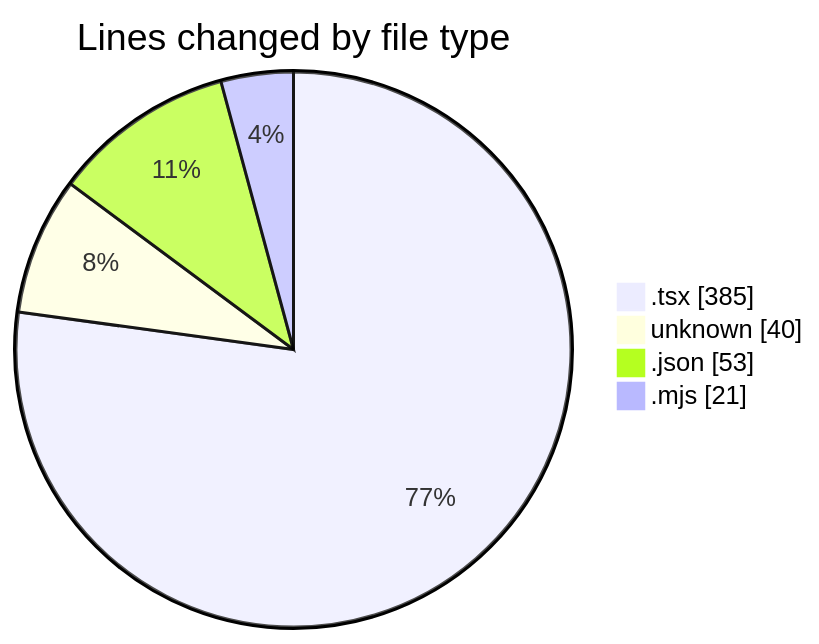
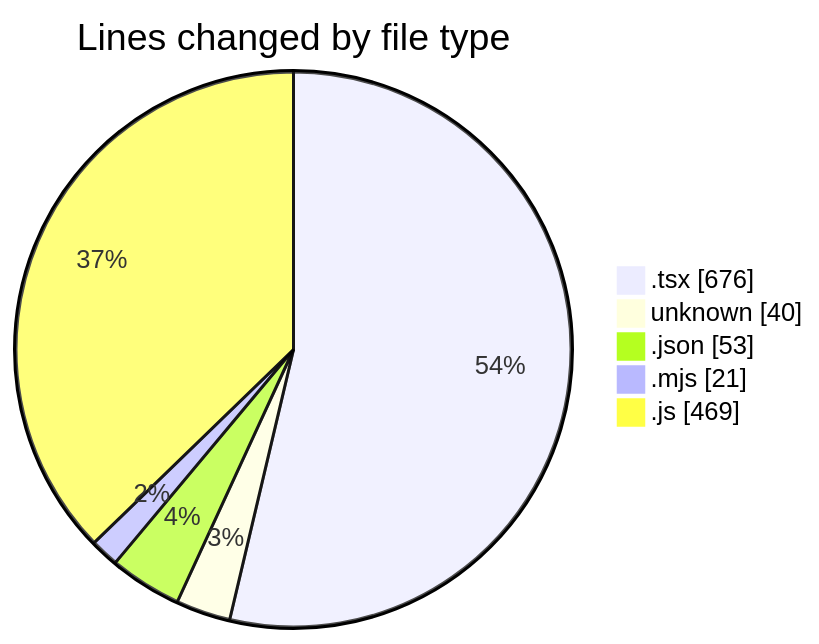
Before and after one commit to Elitesun/code-tracking: the first of 2 diagrams in 2025-05-26/elitesun/README.md, drawn with Mermaid. The commit also changed other lines of this file and 1 other file, not shown here.

````diff
--- a/2025-05-26/elitesun/README.md
+++ b/2025-05-26/elitesun/README.md
@@ -26,8 +30,9 @@
 ```mermaid
 pie showData
 title Lines changed by file type
-".tsx" : 385
+".tsx" : 676
 "unknown" : 40
 ".json" : 53
 ".mjs" : 21
+".js" : 469
 ```
````
